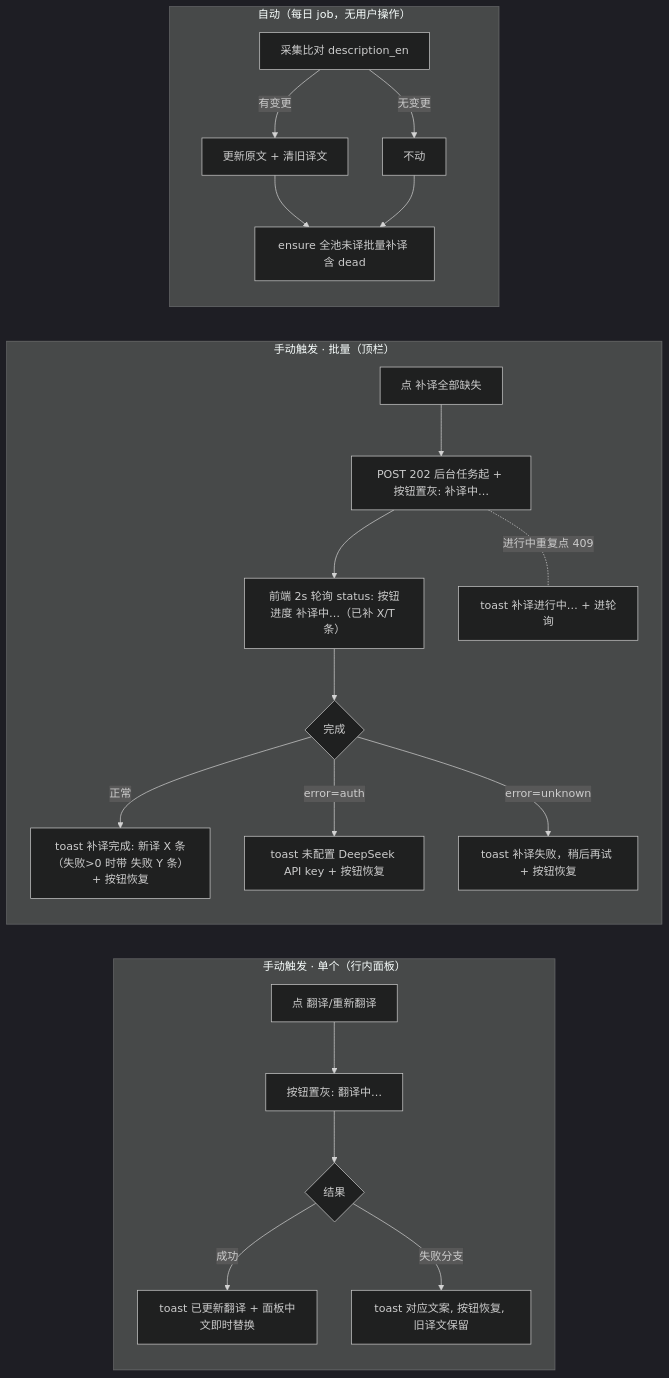
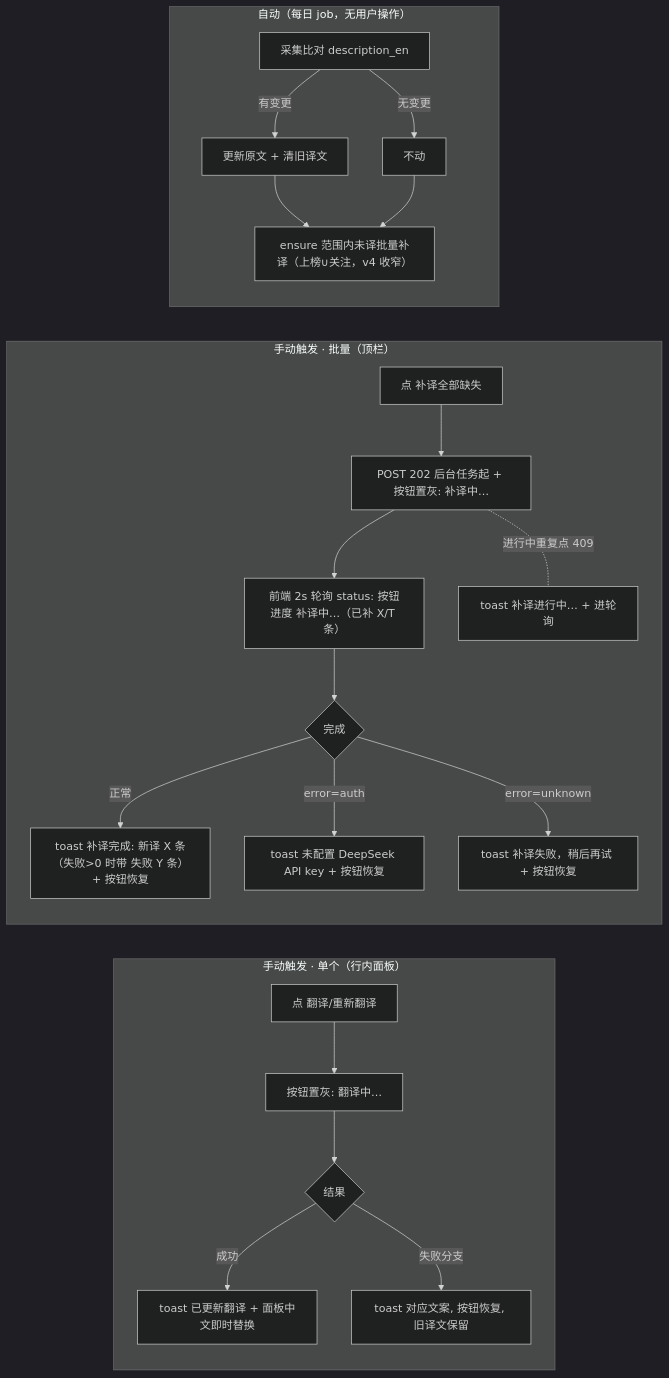
Before and after one commit to WENZIZZHENG/radar-github: the third of 4 diagrams in docs/sop/交互流程说明.md, drawn with Mermaid (dark theme). The commit also changed other lines of this file and 19 other files, not shown here.

````diff
--- a/docs/sop/交互流程说明.md
+++ b/docs/sop/交互流程说明.md
@@ -142,24 +142,24 @@
 ```mermaid
 flowchart LR
     subgraph 手动-单个["手动触发 · 单个（行内面板）"]
         A1[点 翻译/重新翻译] --> A2[按钮置灰: 翻译中…]
         A2 --> A3{结果}
         A3 -->|成功| A4[toast 已更新翻译 + 面板中文即时替换]
         A3 -->|失败分支| A5[toast 对应文案, 按钮恢复, 旧译文保留]
     end
     subgraph 手动-批量["手动触发 · 批量（顶栏）"]
         B1[点 补译全部缺失] --> B2[POST 202 后台任务起 + 按钮置灰: 补译中…]
         B2 --> B3[前端 2s 轮询 status: 按钮进度 补译中…（已补 X/T 条）]
         B3 --> B4{完成}
         B4 -->|正常| B5[toast 补译完成: 新译 X 条（失败>0 时带 失败 Y 条）+ 按钮恢复]
         B4 -->|error=auth| B6[toast 未配置 DeepSeek API key + 按钮恢复]
         B4 -->|error=unknown| B7[toast 补译失败，稍后再试 + 按钮恢复]
         B2 -.进行中重复点 409.- B8[toast 补译进行中… + 进轮询]
     end
     subgraph 自动["自动（每日 job，无用户操作）"]
         C1[采集比对 description_en] -->|有变更| C2[更新原文 + 清旧译文]
         C1 -->|无变更| C3[不动]
-        C2 --> C4[ensure 全池未译批量补译 含 dead]
+        C2 --> C4["ensure 范围内未译批量补译（上榜∪关注，v4 收窄）"]
         C3 --> C4
     end
 ```
````
